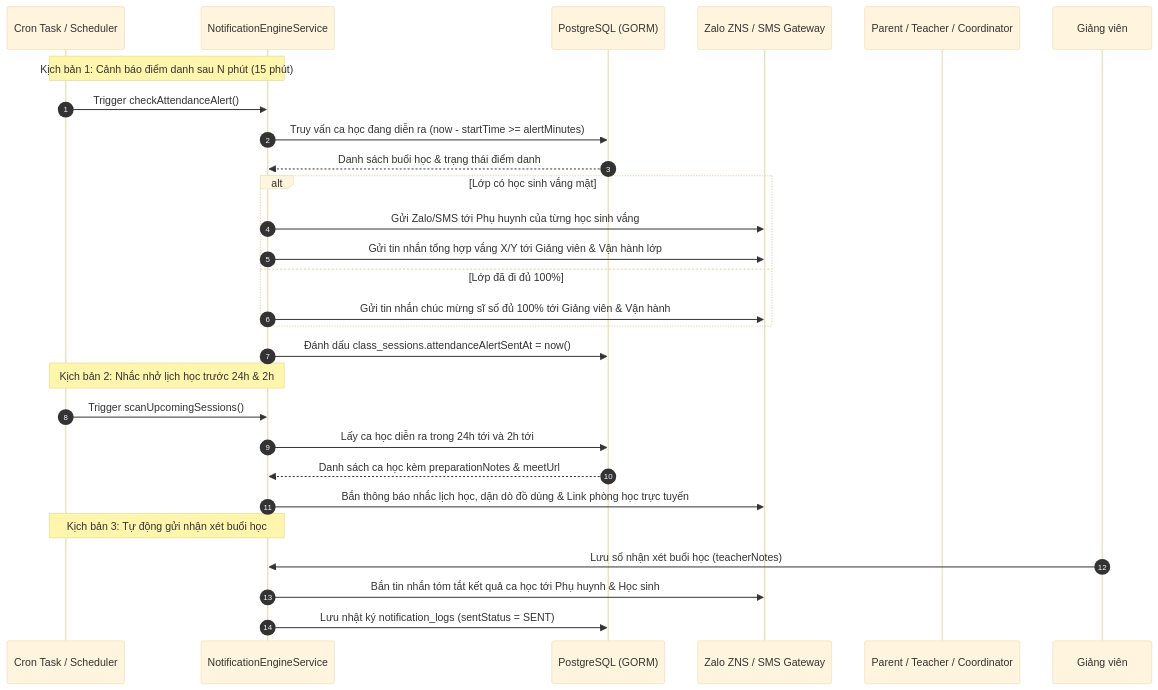
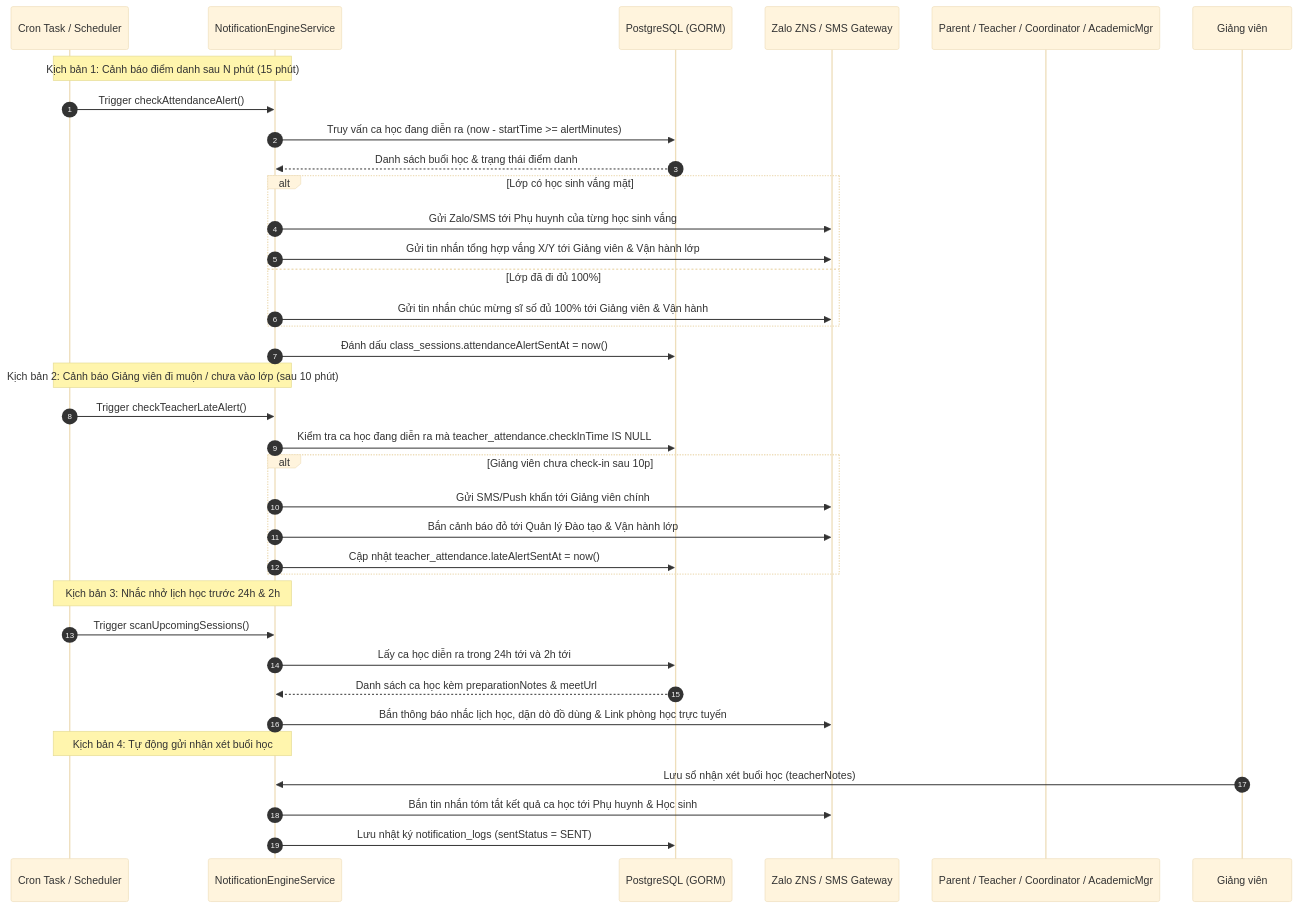
The third of 3 diagrams in docs/architecture.md (thang1834/lms), drawn with Mermaid (base theme) before and after one commit. The commit also changed other lines of this file and 5 other files, not shown here.

Commit message:
feat(docs): add examiner role, teacher late alerts, direct course store, and comprehensive swagger annotations

````diff
--- a/docs/architecture.md
+++ b/docs/architecture.md
@@ -566,33 +617,42 @@
 ```mermaid
 sequenceDiagram
     autonumber
     participant Cron as Cron Task / Scheduler
     participant Engine as NotificationEngineService
     participant DB as PostgreSQL (GORM)
     participant Gateway as Zalo ZNS / SMS Gateway
-    participant Recipient as Parent / Teacher / Coordinator
+    participant Recipient as Parent / Teacher / Coordinator / AcademicMgr
 
     Note over Cron, Engine: Kịch bản 1: Cảnh báo điểm danh sau N phút (15 phút)
     Cron->>Engine: Trigger checkAttendanceAlert()
     Engine->>DB: Truy vấn ca học đang diễn ra (now - startTime >= alertMinutes)
     DB-->>Engine: Danh sách buổi học & trạng thái điểm danh
     alt Lớp có học sinh vắng mặt
         Engine->>Gateway: Gửi Zalo/SMS tới Phụ huynh của từng học sinh vắng
         Engine->>Gateway: Gửi tin nhắn tổng hợp vắng X/Y tới Giảng viên & Vận hành lớp
     else Lớp đã đi đủ 100%
         Engine->>Gateway: Gửi tin nhắn chúc mừng sĩ số đủ 100% tới Giảng viên & Vận hành
     end
     Engine->>DB: Đánh dấu class_sessions.attendanceAlertSentAt = now()
 
-    Note over Cron, Engine: Kịch bản 2: Nhắc nhở lịch học trước 24h & 2h
+    Note over Cron, Engine: Kịch bản 2: Cảnh báo Giảng viên đi muộn / chưa vào lớp (sau 10 phút)
+    Cron->>Engine: Trigger checkTeacherLateAlert()
+    Engine->>DB: Kiểm tra ca học đang diễn ra mà teacher_attendance.checkInTime IS NULL
+    alt Giảng viên chưa check-in sau 10p
+        Engine->>Gateway: Gửi SMS/Push khẩn tới Giảng viên chính
+        Engine->>Gateway: Bắn cảnh báo đỏ tới Quản lý Đào tạo & Vận hành lớp
+        Engine->>DB: Cập nhật teacher_attendance.lateAlertSentAt = now()
+    end
+
+    Note over Cron, Engine: Kịch bản 3: Nhắc nhở lịch học trước 24h & 2h
     Cron->>Engine: Trigger scanUpcomingSessions()
     Engine->>DB: Lấy ca học diễn ra trong 24h tới và 2h tới
     DB-->>Engine: Danh sách ca học kèm preparationNotes & meetUrl
     Engine->>Gateway: Bắn thông báo nhắc lịch học, dặn dò đồ dùng & Link phòng học trực tuyến
 
-    Note over Cron, Engine: Kịch bản 3: Tự động gửi nhận xét buổi học
+    Note over Cron, Engine: Kịch bản 4: Tự động gửi nhận xét buổi học
     participant Teacher as Giảng viên
     Teacher->>Engine: Lưu sổ nhận xét buổi học (teacherNotes)
     Engine->>Gateway: Bắn tin nhắn tóm tắt kết quả ca học tới Phụ huynh & Học sinh
     Engine->>DB: Lưu nhật ký notification_logs (sentStatus = SENT)
 ```
````
